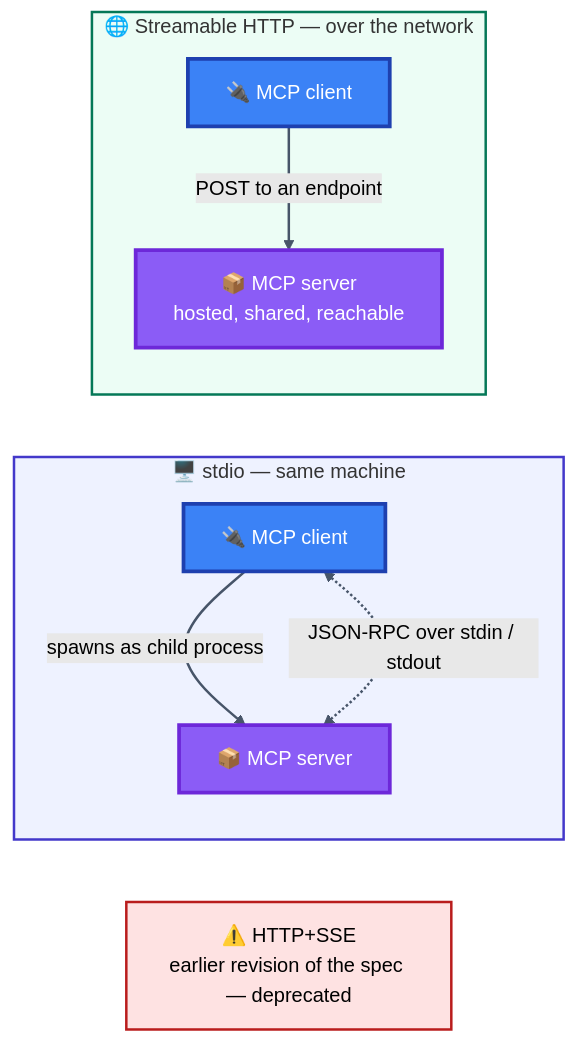
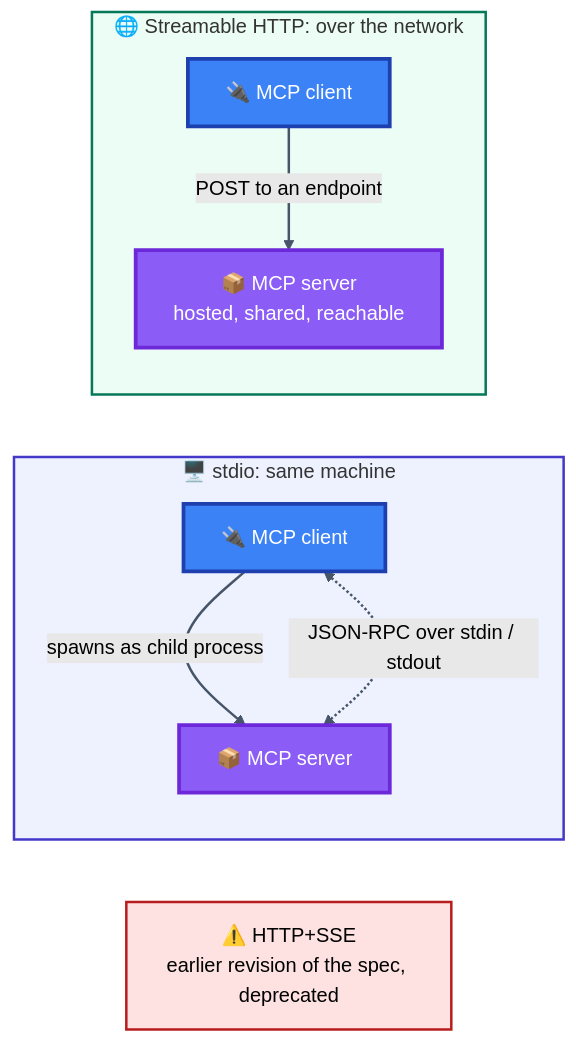
Diagram 26 of 28 in README.md (mrsachindixit/agentixit), drawn with Mermaid (forest theme) before and after one commit. The commit also changed other lines of this file, not shown here.

````diff
--- a/README.md
+++ b/README.md
@@ -1440,22 +1440,22 @@
 ```mermaid
 graph LR
-    subgraph LOCAL["🖥️ stdio — same machine"]
+    subgraph LOCAL["🖥️ stdio: same machine"]
         C1["🔌 MCP client"] -->|"spawns as child process"| S1["📦 MCP server"]
         C1 <-.->|"JSON-RPC over stdin / stdout"| S1
     end
 
-    subgraph REMOTE["🌐 Streamable HTTP — over the network"]
+    subgraph REMOTE["🌐 Streamable HTTP: over the network"]
         C2["🔌 MCP client"] -->|"POST to an endpoint"| S2["📦 MCP server\nhosted, shared, reachable"]
     end
 
-    OLD["⚠️ HTTP+SSE\nearlier revision of the spec — deprecated"]
+    OLD["⚠️ HTTP+SSE\nearlier revision of the spec, deprecated"]
 
     style C1 fill:#3B82F6,stroke:#1E40AF,color:#fff,stroke-width:3px
     style S1 fill:#8B5CF6,stroke:#6D28D9,color:#fff,stroke-width:3px
     style C2 fill:#3B82F6,stroke:#1E40AF,color:#fff,stroke-width:3px
     style S2 fill:#8B5CF6,stroke:#6D28D9,color:#fff,stroke-width:3px
     style OLD fill:#FEE2E2,stroke:#B91C1C,stroke-width:2px
     style LOCAL fill:#EEF2FF,stroke:#4338CA,stroke-width:2px
     style REMOTE fill:#ECFDF5,stroke:#047857,stroke-width:2px
     linkStyle default stroke:#475569,stroke-width:2px
 ```
````
